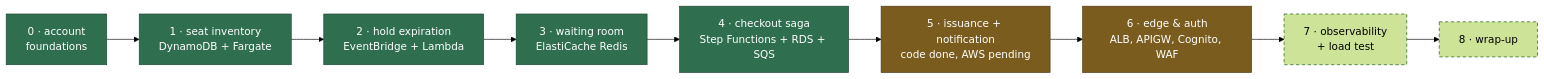
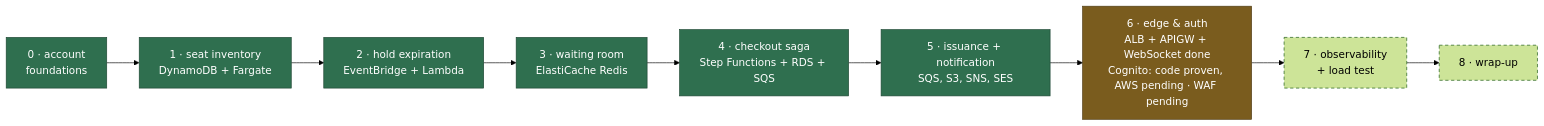
One commit to daliborjelicanin/ticket-waiting-room-aws changed the seventh of 7 diagrams in docs/architecture.md. Above: the diagram before and after it, drawn with Mermaid (forest theme). The commit also changed other lines of this file and 65 other files, not shown here.

````diff
--- a/docs/architecture.md
+++ b/docs/architecture.md
@@ -325,18 +409,18 @@
 ```mermaid
 flowchart LR
     S0["0 · account<br/>foundations"] --> S1["1 · seat inventory<br/>DynamoDB + Fargate"]
     S1 --> S2["2 · hold expiration<br/>EventBridge + Lambda"]
     S2 --> S3["3 · waiting room<br/>ElastiCache Redis"]
     S3 --> S4["4 · checkout saga<br/>Step Functions + RDS + SQS"]
-    S4 --> S5["5 · issuance + notification<br/>code done, AWS pending"]
-    S5 --> S6["6 · edge & auth<br/>ALB, APIGW, Cognito, WAF"]
+    S4 --> S5["5 · issuance + notification<br/>SQS, S3, SNS, SES"]
+    S5 --> S6["6 · edge & auth<br/>ALB + APIGW + WebSocket done<br/>Cognito: code proven, AWS pending · WAF pending"]
     S6 --> S7["7 · observability<br/>+ load test"]
     S7 --> S8["8 · wrap-up"]
 
     classDef done fill:#2f6f4f,stroke:#1d4632,color:#fff;
     classDef partial fill:#7a5c1e,stroke:#4d3a13,color:#fff;
     classDef todo stroke-dasharray:5 4;
-    class S0,S1,S2,S3,S4 done;
-    class S5,S6 partial;
+    class S0,S1,S2,S3,S4,S5 done;
+    class S6 partial;
     class S7,S8 todo;
 ```
````
